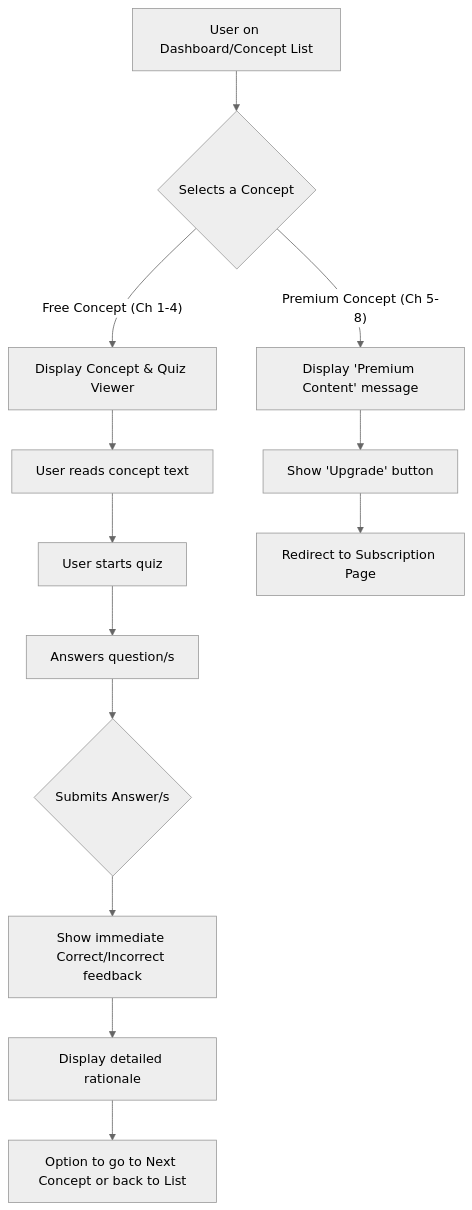
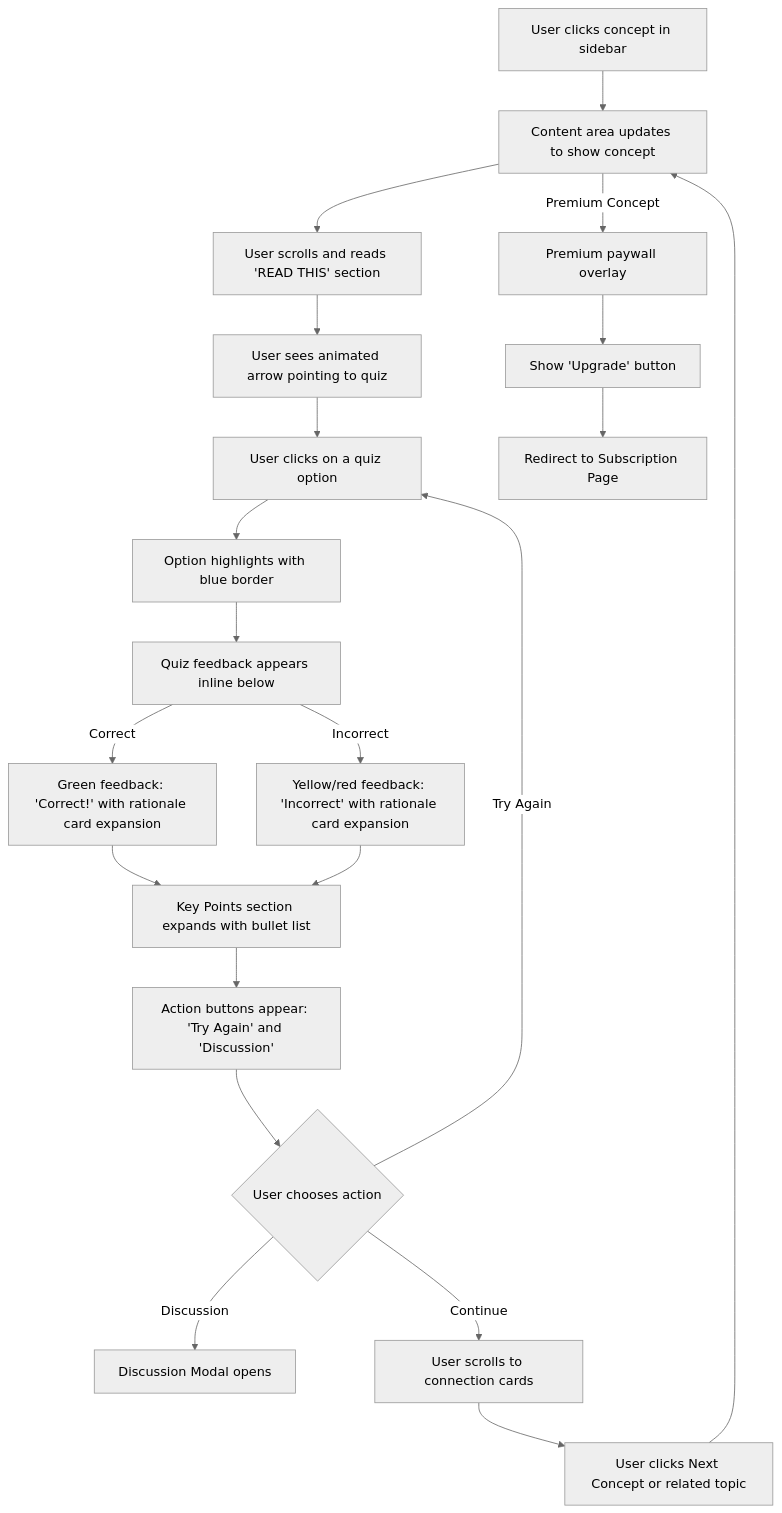
The third of 6 diagrams in docs/front-end-spec.md (knu2/nclex311-web), drawn with Mermaid (neutral theme) before and after one commit. The commit also changed other lines of this file and 10 other files, not shown here.

````diff
--- a/docs/front-end-spec.md
+++ b/docs/front-end-spec.md
@@ -98,16 +120,24 @@
 ```mermaid
 graph TD
-    A[User on Dashboard/Concept List] --> B{Selects a Concept};
-    B -- Free Concept (Ch 1-4) --> C[Display Concept & Quiz Viewer];
-    C --> D[User reads concept text];
-    D --> E[User starts quiz];
-    E --> F[Answers question/s];
-    F --> G{Submits Answer/s};
-    G --> H[Show immediate Correct/Incorrect feedback];
-    H --> I[Display detailed rationale];
-    I --> J[Option to go to Next Concept or back to List];
-
-    B -- Premium Concept (Ch 5-8) --> K[Display 'Premium Content' message];
-    K --> L[Show 'Upgrade' button];
-    L --> M[Redirect to Subscription Page];
+    A[User clicks concept in sidebar] --> B[Content area updates to show concept];
+    B --> C[User scrolls and reads 'READ THIS' section];
+    C --> D[User sees animated arrow pointing to quiz];
+    D --> E[User clicks on a quiz option];
+    E --> F[Option highlights with blue border];
+    F --> G[Quiz feedback appears inline below];
+    G -- Correct --> H[Green feedback: 'Correct!' with rationale card expansion];
+    G -- Incorrect --> I[Yellow/red feedback: 'Incorrect' with rationale card expansion];
+    H --> J[Key Points section expands with bullet list];
+    I --> J;
+    J --> K[Action buttons appear: 'Try Again' and 'Discussion'];
+    K --> L{User chooses action};
+    L -- Try Again --> E;
+    L -- Discussion --> M[Discussion Modal opens];
+    L -- Continue --> N[User scrolls to connection cards];
+    N --> O[User clicks Next Concept or related topic];
+    O --> B;
+    
+    B -- Premium Concept --> P[Premium paywall overlay];
+    P --> Q[Show 'Upgrade' button];
+    Q --> R[Redirect to Subscription Page];
 ```
````
